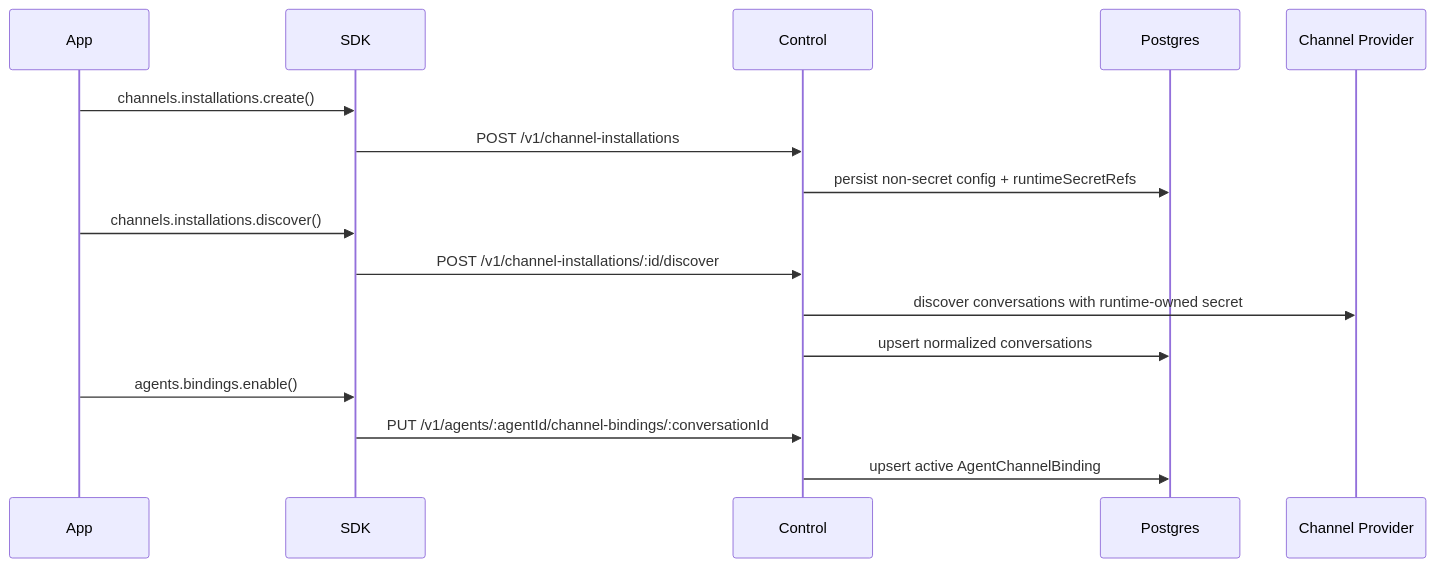
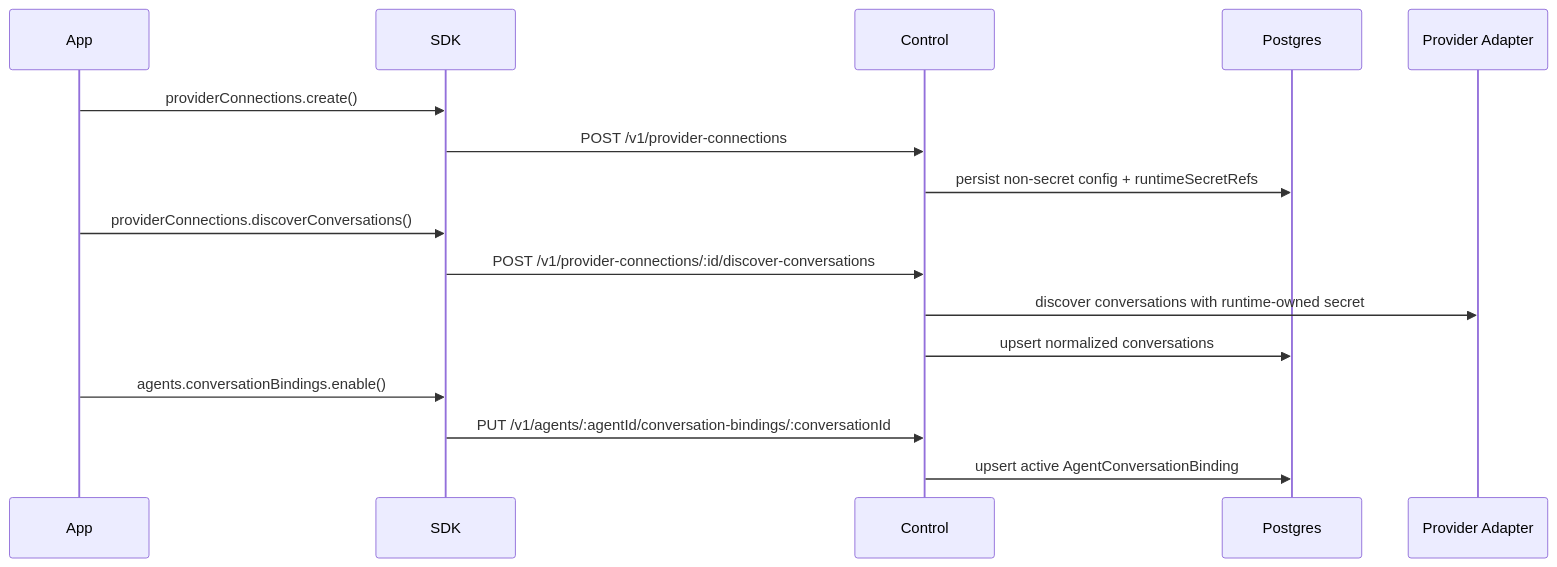
One commit to cawstudios/Agent.Gantry changed the third of 4 diagrams in docs/sdk/agent-internals.md. Above: the diagram before and after it, drawn with Mermaid. The commit also changed other lines of this file and 162 other files, not shown here.

Commit message:
refactor(admin): cut over to provider conversations

````diff
--- a/docs/sdk/agent-internals.md
+++ b/docs/sdk/agent-internals.md
@@ -69,19 +69,19 @@
 ```mermaid
 sequenceDiagram
   participant App
   participant SDK
   participant Control
   participant Store as Postgres
-  participant Provider as Channel Provider
+  participant Provider as Provider Adapter
 
-  App->>SDK: channels.installations.create()
-  SDK->>Control: POST /v1/channel-installations
+  App->>SDK: providerConnections.create()
+  SDK->>Control: POST /v1/provider-connections
   Control->>Store: persist non-secret config + runtimeSecretRefs
-  App->>SDK: channels.installations.discover()
-  SDK->>Control: POST /v1/channel-installations/:id/discover
+  App->>SDK: providerConnections.discoverConversations()
+  SDK->>Control: POST /v1/provider-connections/:id/discover-conversations
   Control->>Provider: discover conversations with runtime-owned secret
   Control->>Store: upsert normalized conversations
-  App->>SDK: agents.bindings.enable()
-  SDK->>Control: PUT /v1/agents/:agentId/channel-bindings/:conversationId
-  Control->>Store: upsert active AgentChannelBinding
+  App->>SDK: agents.conversationBindings.enable()
+  SDK->>Control: PUT /v1/agents/:agentId/conversation-bindings/:conversationId
+  Control->>Store: upsert active AgentConversationBinding
 ```
````
